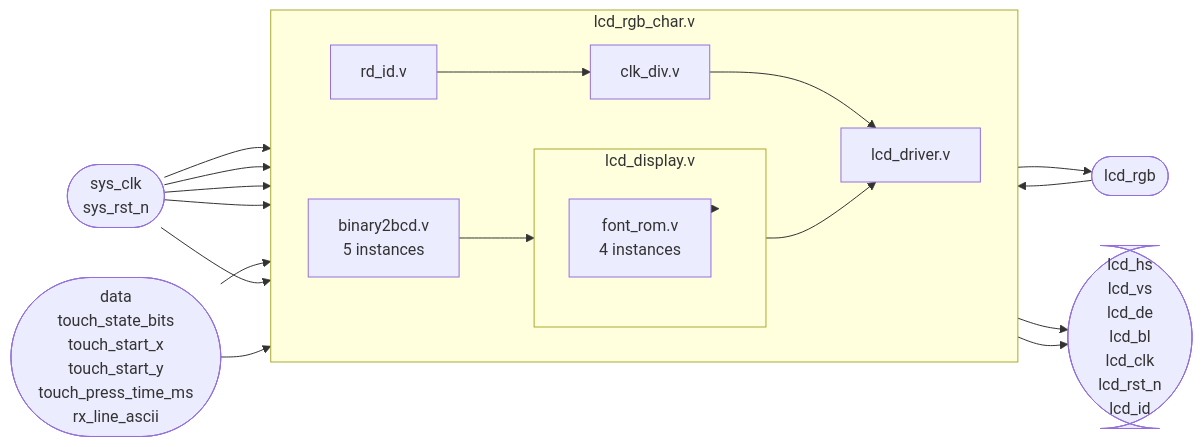
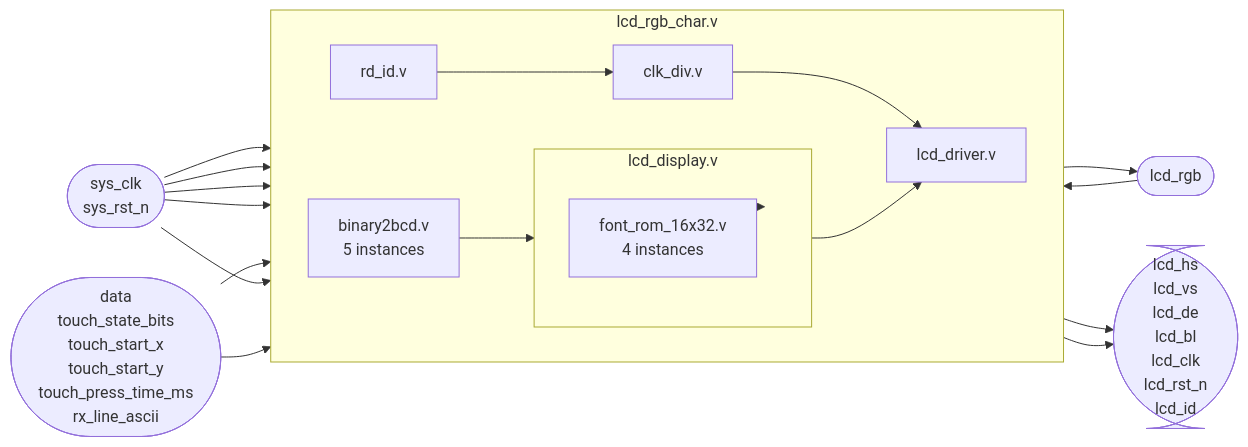
Before and after one commit to zhangtao3207/PQM: the first of 8 diagrams in FPGA/rtl/lcd/display/lcd.md, drawn with Mermaid. The commit also changed other lines of this file and 15 other files, not shown here.

````diff
--- a/FPGA/rtl/lcd/display/lcd.md
+++ b/FPGA/rtl/lcd/display/lcd.md
@@ -17,40 +17,40 @@
 ```mermaid
 flowchart LR
     IN0([sys_clk<br/>sys_rst_n])
     IN1([data<br/>touch_state_bits<br/>touch_start_x<br/>touch_start_y<br/>touch_press_time_ms<br/>rx_line_ascii])
     OUT0([lcd_hs<br/>lcd_vs<br/>lcd_de<br/>lcd_bl<br/>lcd_clk<br/>lcd_rst_n<br/>lcd_id])
     IO0([lcd_rgb])
 
     subgraph TOP[lcd_rgb_char.v]
         direction LR
         RD[rd_id.v]
         CLK[clk_div.v]
         BCD[binary2bcd.v<br/>5 instances]
 
         subgraph DISP[lcd_display.v]
             direction TB
-            FONT[font_rom.v<br/>4 instances]
+            FONT[font_rom_16x32.v<br/>4 instances]
         end
 
         DRV[lcd_driver.v]
     end
 
     IN0 --> RD
     IN0 --> CLK
     IN0 --> BCD
     IN0 --> DISP
     IN0 --> DRV
 
     IN1 --> BCD
     IN1 --> DISP
 
     IO0 --> RD
     RD --> CLK
     BCD --> DISP
     DISP --> DRV
     DRV --> IO0
     RD --> OUT0
     CLK --> DRV
     DRV --> OUT0
     FONT --> DISP
 ```
````
